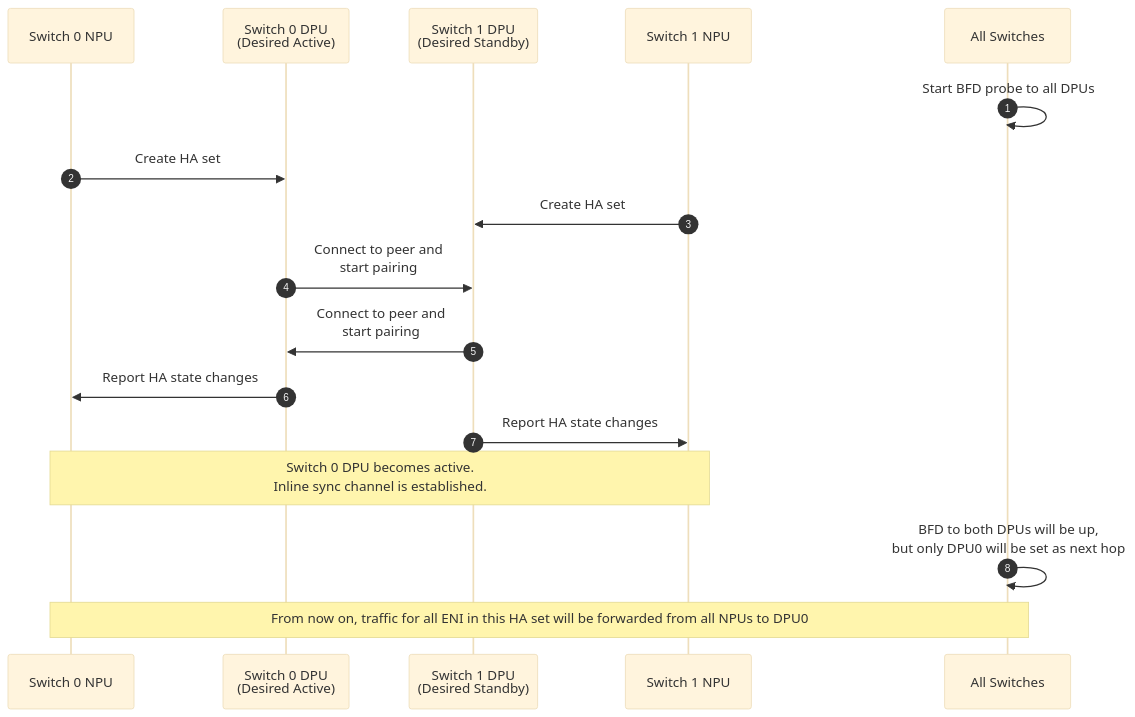
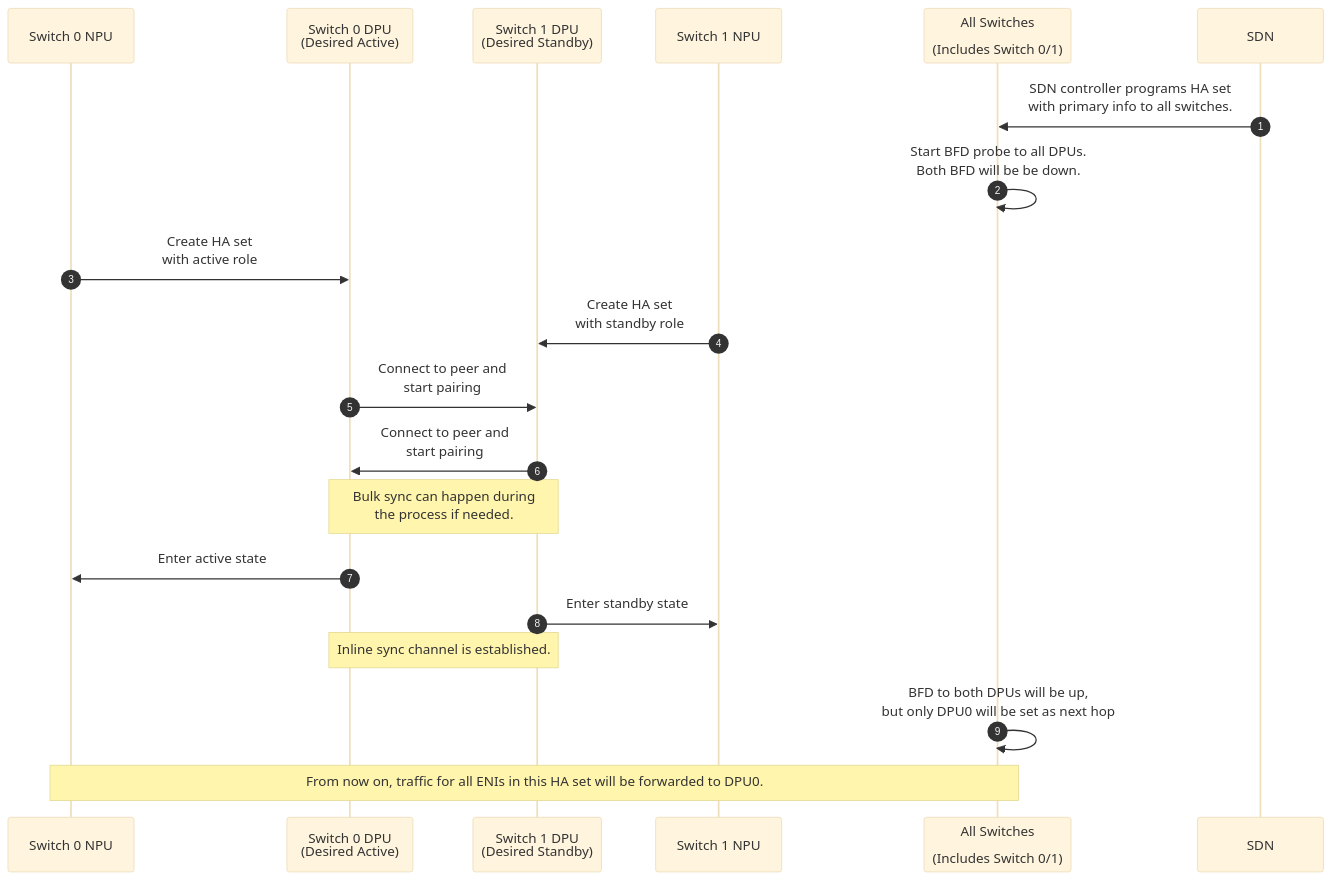
The first of 4 diagrams in doc/smart-switch/high-availability/smart-switch-ha-dpu-driven-dpu-scope-setup.md (sonic-net/SONiC), drawn with Mermaid (base theme) before and after one commit. The commit also changed other lines of this file and 1 other file, not shown here.

````diff
--- a/doc/smart-switch/high-availability/smart-switch-ha-dpu-driven-dpu-scope-setup.md
+++ b/doc/smart-switch/high-availability/smart-switch-ha-dpu-driven-dpu-scope-setup.md
@@ -152,24 +158,27 @@
 ```mermaid
 sequenceDiagram
    autonumber
 
    participant S0N as Switch 0 NPU
    participant S0D as Switch 0 DPU<br>(Desired Active)
    participant S1D as Switch 1 DPU<br>(Desired Standby)
    participant S1N as Switch 1 NPU
-   participant SA as All Switches
+   participant SA as All Switches<br><br>(Includes Switch 0/1)
+
+   SDN->>SA: SDN controller programs HA set<br>with primary info to all switches.
    
-   SA->>SA: Start BFD probe to all DPUs
-   S0N->>S0D: Create HA set
-   S1N->>S1D: Create HA set
+   SA->>SA: Start BFD probe to all DPUs.<br>Both BFD will be be down.
+   S0N->>S0D: Create HA set<br>with active role
+   S1N->>S1D: Create HA set<br>with standby role
 
    S0D->>S1D: Connect to peer and<br>start pairing
    S1D->>S0D: Connect to peer and<br>start pairing
+   Note over S0D,S1D: Bulk sync can happen during<br>the process if needed.
 
-   S0D->>S0N: Report HA state changes
-   S1D->>S1N: Report HA state changes
-   Note over S0N,S1N: Switch 0 DPU becomes active.<br>Inline sync channel is established.
+   S0D->>S0N: Enter active state
+   S1D->>S1N: Enter standby state
+   Note over S0D,S1D: Inline sync channel is established.
 
    SA->>SA: BFD to both DPUs will be up,<br>but only DPU0 will be set as next hop
-   Note over S0N,SA: From now on, traffic for all ENI in this HA set will be forwarded from all NPUs to DPU0
+   Note over S0N,SA: From now on, traffic for all ENIs in this HA set will be forwarded to DPU0.
 ```
````
